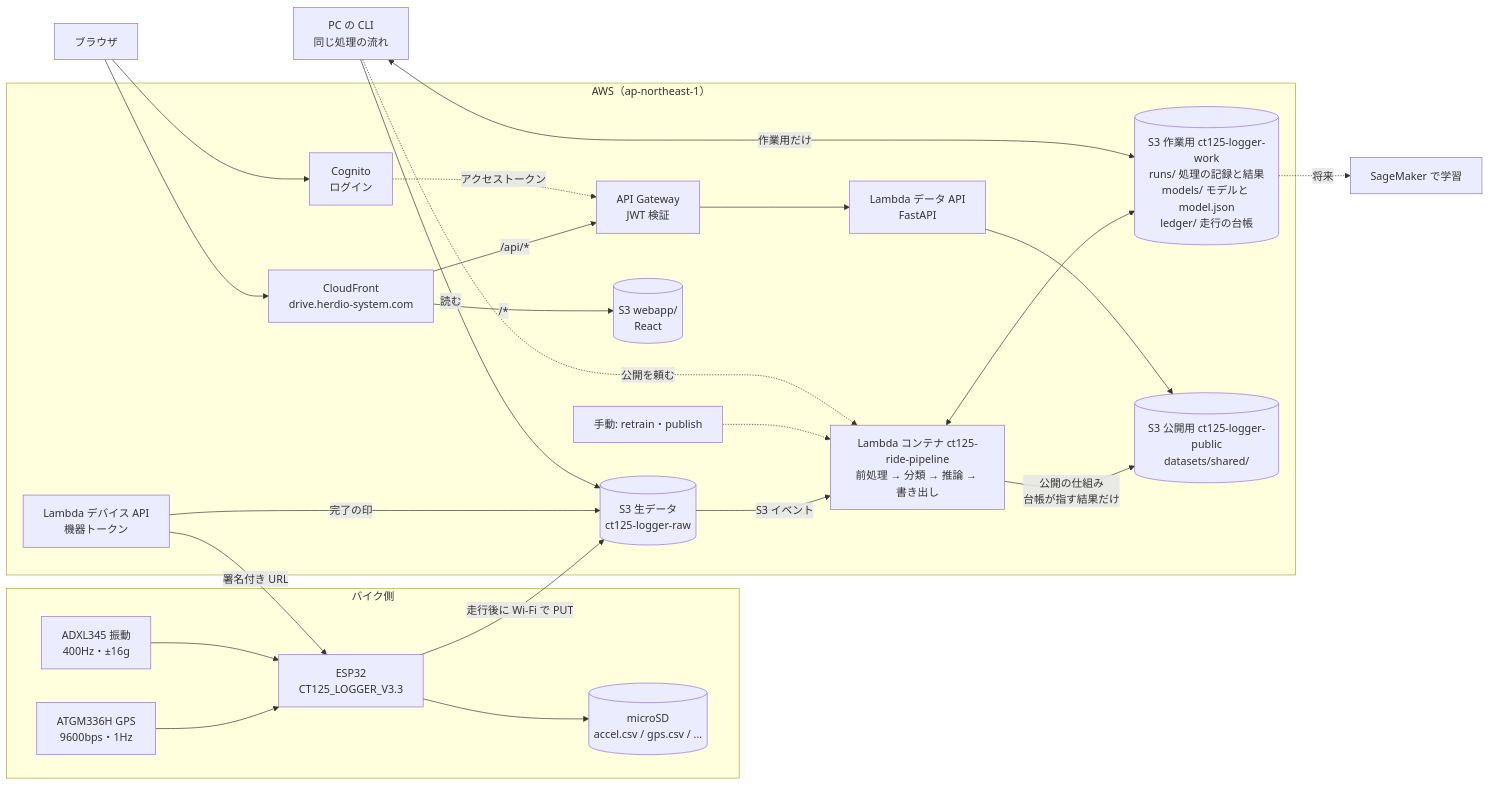
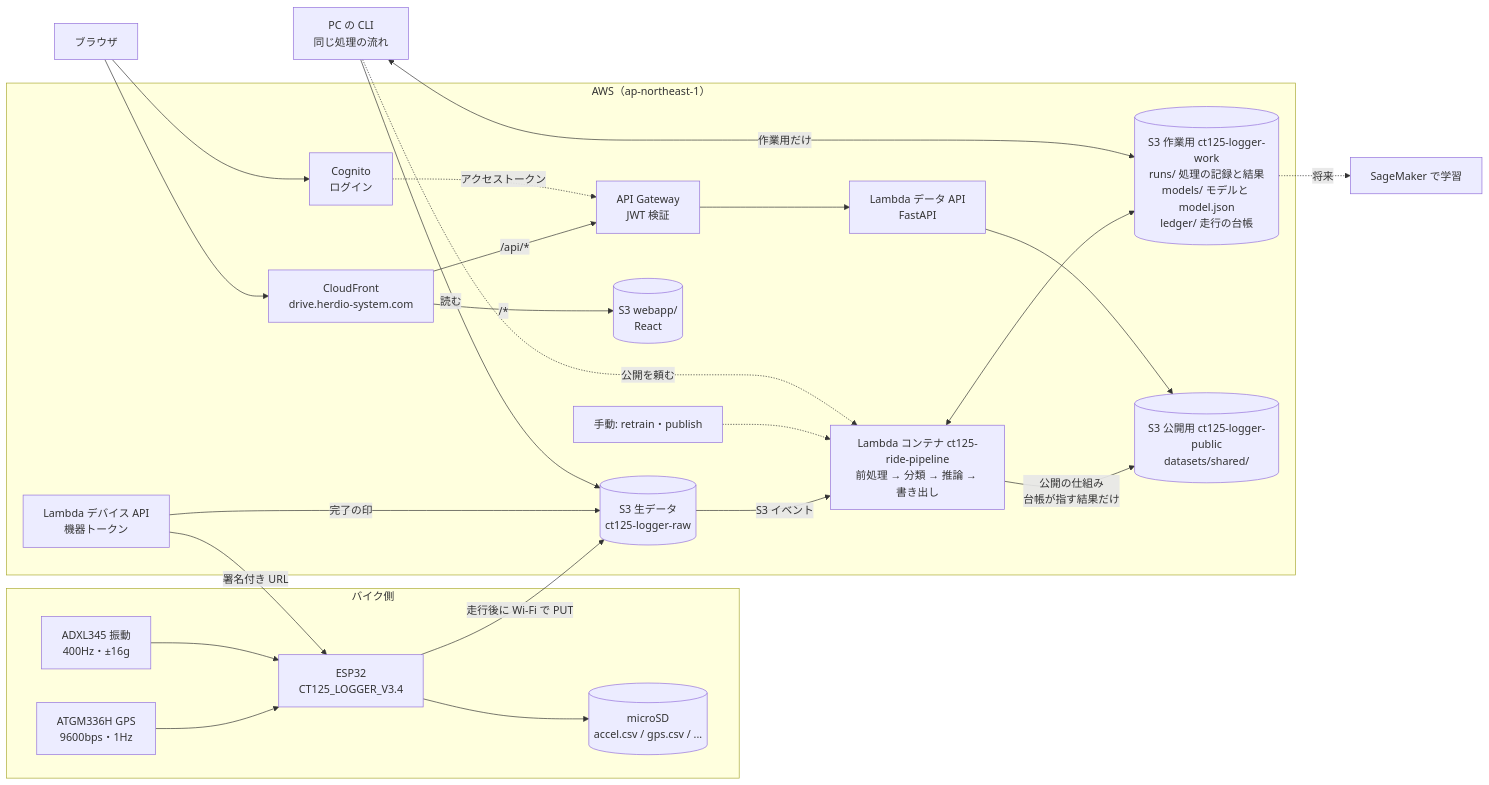
The diagram in docs/architecture.md (abeouga/drive-logger), drawn with Mermaid before and after one commit. The commit also changed other lines of this file and 10 other files, not shown here.

````diff
--- a/docs/architecture.md
+++ b/docs/architecture.md
@@ -8,29 +8,29 @@
 ```mermaid
 flowchart LR
     subgraph bike[バイク側]
-        GPS[ATGM336H GPS<br/>9600bps・1Hz] --> ESP[ESP32<br/>CT125_LOGGER_V3.3]
+        GPS[ATGM336H GPS<br/>9600bps・1Hz] --> ESP[ESP32<br/>CT125_LOGGER_V3.4]
         ACC[ADXL345 振動<br/>400Hz・±16g] --> ESP
         ESP --> SD[(microSD<br/>accel.csv / gps.csv / ...)]
     end
 
     subgraph cloud[AWS（ap-northeast-1）]
         DEVAPI[Lambda デバイス API<br/>機器トークン] -->|署名付き URL| ESP
         ESP -->|走行後に Wi-Fi で PUT| RAW[(S3 生データ<br/>ct125-logger-raw)]
         DEVAPI -->|完了の印| RAW
         RAW -->|S3 イベント| PIPE[Lambda コンテナ ct125-ride-pipeline<br/>前処理 → 分類 → 推論 → 書き出し]
         PIPE <--> WORK[(S3 作業用 ct125-logger-work<br/>runs/ 処理の記録と結果<br/>models/ モデルと model.json<br/>ledger/ 走行の台帳)]
         PIPE -->|公開の仕組み<br/>台帳が指す結果だけ| PUBLIC[(S3 公開用 ct125-logger-public<br/>datasets/shared/)]
         RETRAIN[手動: retrain・publish] -.-> PIPE
 
         CF[CloudFront<br/>drive.herdio-system.com] -->|/*| WEBAPP[(S3 webapp/<br/>React)]
         CF -->|/api/*| APIGW[API Gateway<br/>JWT 検証] --> DATAAPI[Lambda データ API<br/>FastAPI] --> PUBLIC
         COGNITO[Cognito<br/>ログイン] -.->|アクセストークン| APIGW
     end
 
     LOCAL[PC の CLI<br/>同じ処理の流れ] -->|読む| RAW
     LOCAL <-->|作業用だけ| WORK
     LOCAL -.->|公開を頼む| PIPE
     USER[ブラウザ] --> CF
     USER --> COGNITO
     WORK -.->|将来| SM[SageMaker で学習]
 ```
````
